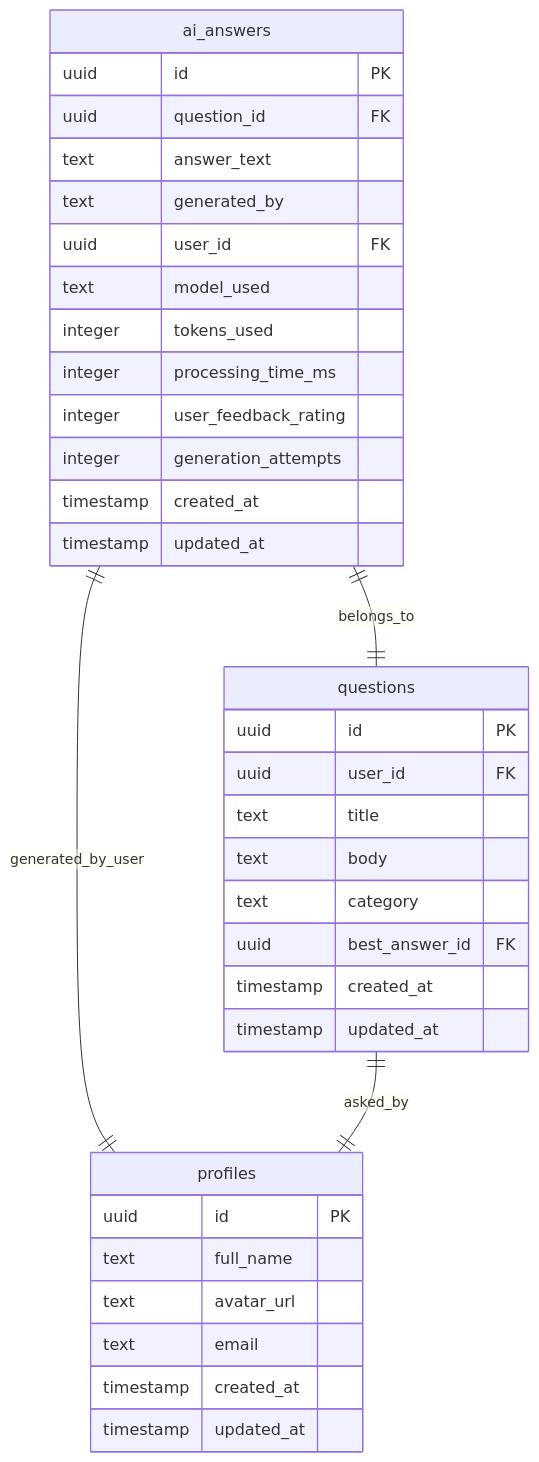
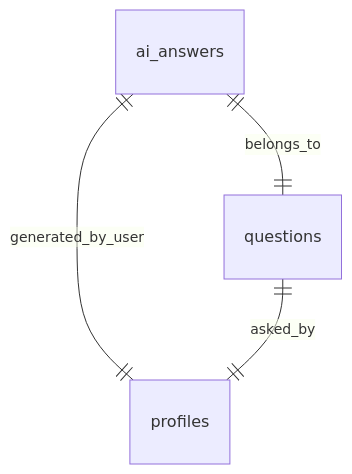
One commit to HackyCoder0951/focus-hub-design-899f45ae changed the third of 3 diagrams in docs/modules_documentation/AiAnswers.md. Above: the diagram before and after it, drawn with Mermaid. The commit also changed 2 other files, not shown here.

Commit message:
Remove redundant fields from AiAnswers documentation to improve clarity and focus on essential attributes.

````diff
--- a/docs/modules_documentation/AiAnswers.md
+++ b/docs/modules_documentation/AiAnswers.md
@@ -118,41 +118,18 @@
 ```mermaid
 erDiagram
     ai_answers {
-        uuid id PK
-        uuid question_id FK
-        text answer_text
-        text generated_by
-        uuid user_id FK
-        text model_used
-        integer tokens_used
-        integer processing_time_ms
-        integer user_feedback_rating
-        integer generation_attempts
-        timestamp created_at
-        timestamp updated_at
+        
     }
     
     questions {
-        uuid id PK
-        uuid user_id FK
-        text title
-        text body
-        text category
-        uuid best_answer_id FK
-        timestamp created_at
-        timestamp updated_at
+        
     }
     
     profiles {
-        uuid id PK
-        text full_name
-        text avatar_url
-        text email
-        timestamp created_at
-        timestamp updated_at
+        
     }
     
     ai_answers ||--|| questions : "belongs_to"
     ai_answers ||--|| profiles : "generated_by_user"
     questions ||--|| profiles : "asked_by"
 ```
````
